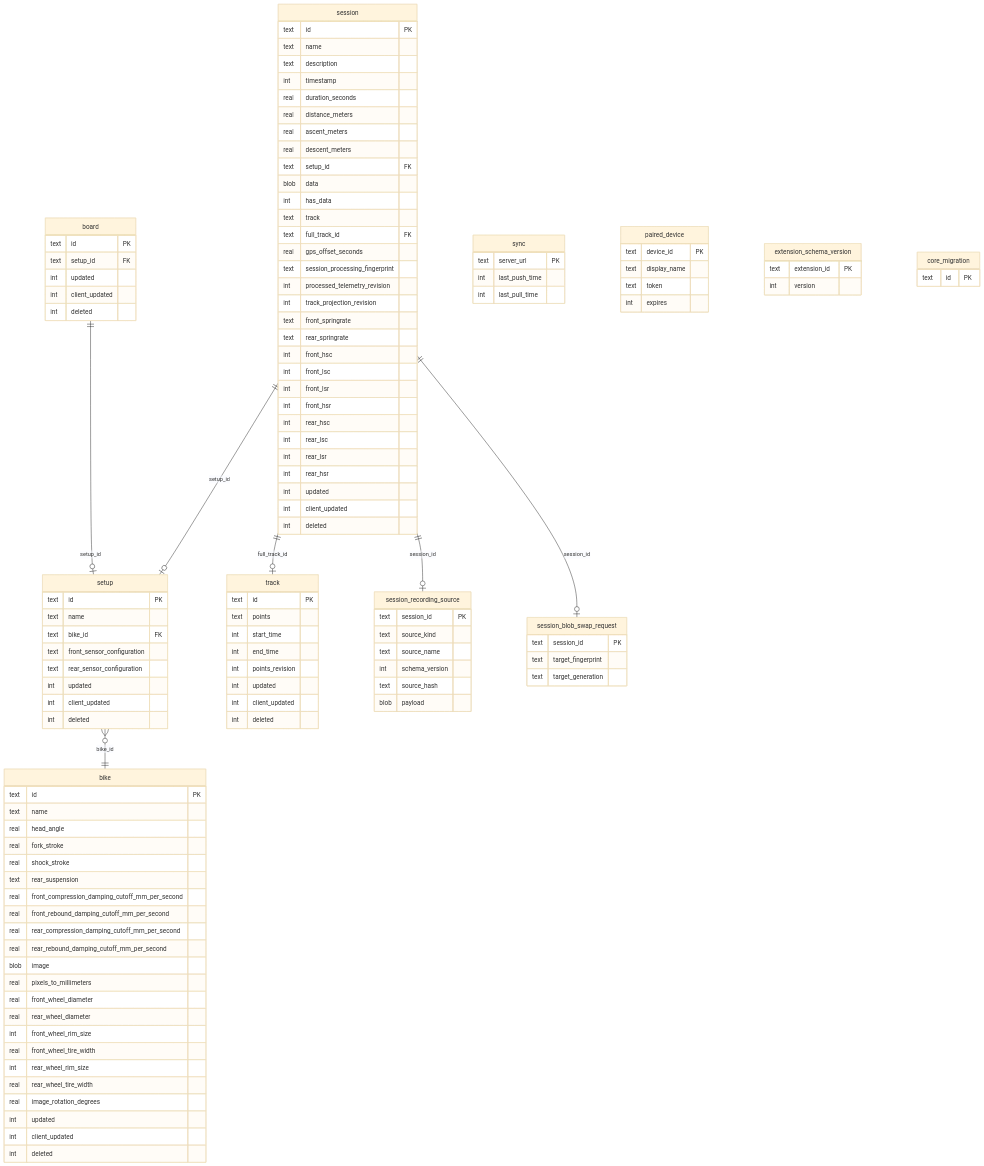
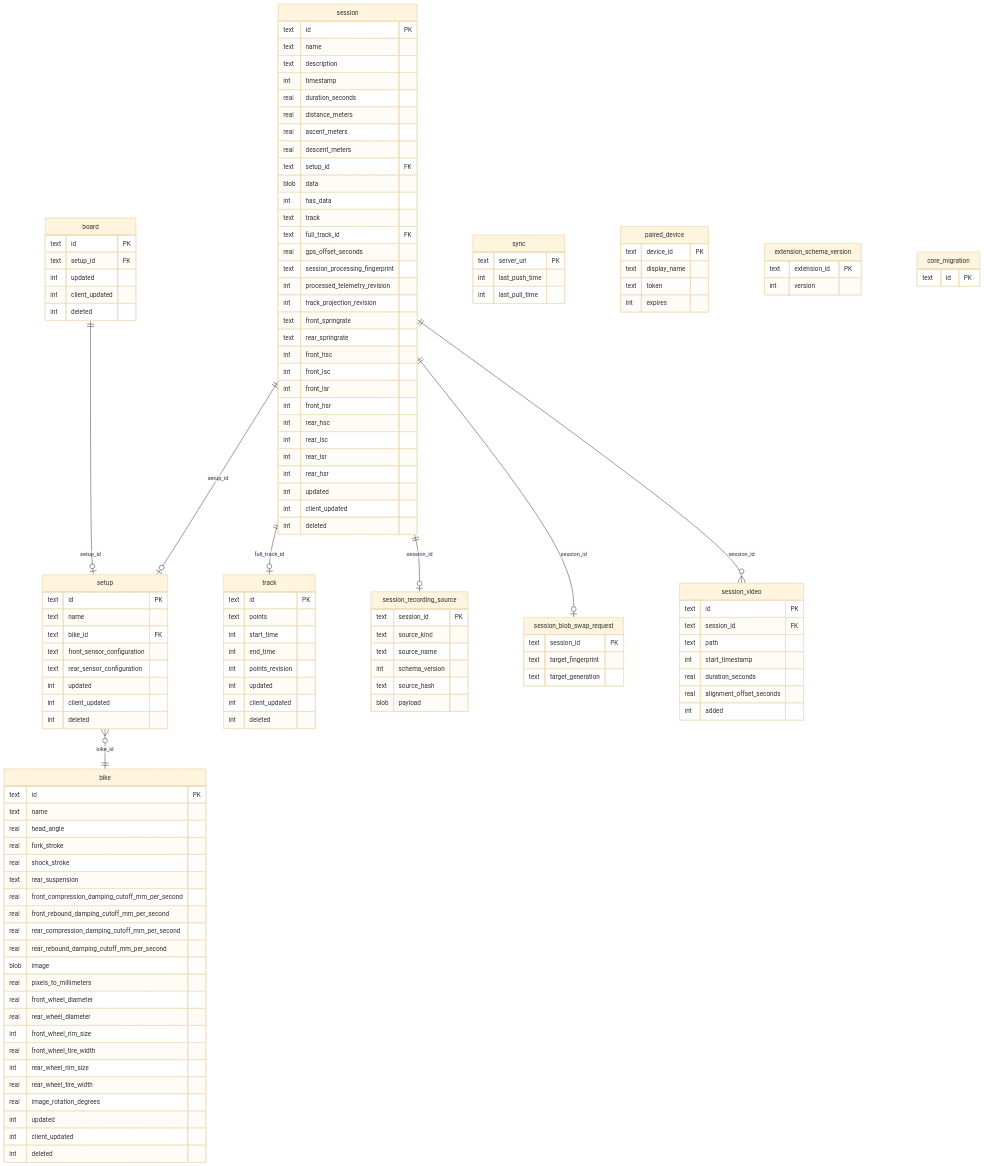
One commit to MoridinBG/Sufni.app changed the diagram in docs/architecture/persistence.md. Above: the diagram before and after it, drawn with Mermaid (base theme). The commit also changed other lines of this file and 143 other files, not shown here.

Commit message:
Fold session video into the app

```diff
--- a/docs/architecture/persistence.md
+++ b/docs/architecture/persistence.md
@@ -10,6 +10,7 @@
     session ||--o| track : "full_track_id"
     session ||--o| session_recording_source : "session_id"
     session ||--o| session_blob_swap_request : "session_id"
+    session ||--o{ session_video : "session_id"
     setup }o--|| bike : "bike_id"
     board ||--o| setup : "setup_id"
 
@@ -122,6 +123,16 @@
         text target_generation
     }
 
+    session_video {
+        text id PK
+        text session_id FK
+        text path
+        int start_timestamp
+        real duration_seconds
+        real alignment_offset_seconds
+        int added
+    }
+
     paired_device {
         text device_id PK
         text display_name
```
